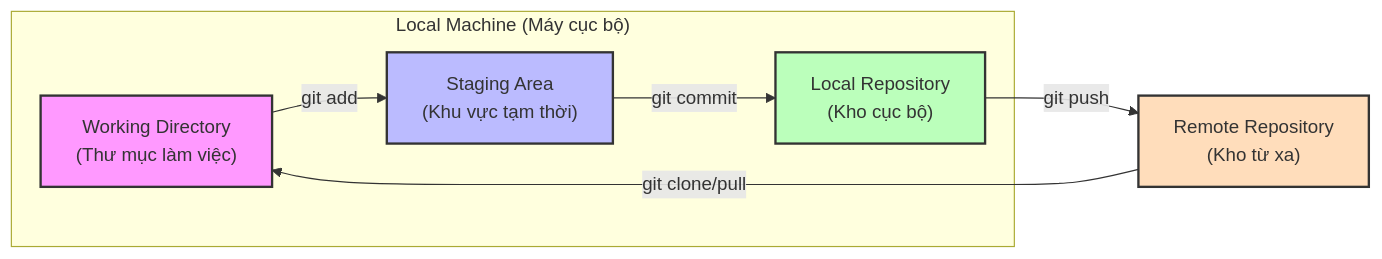
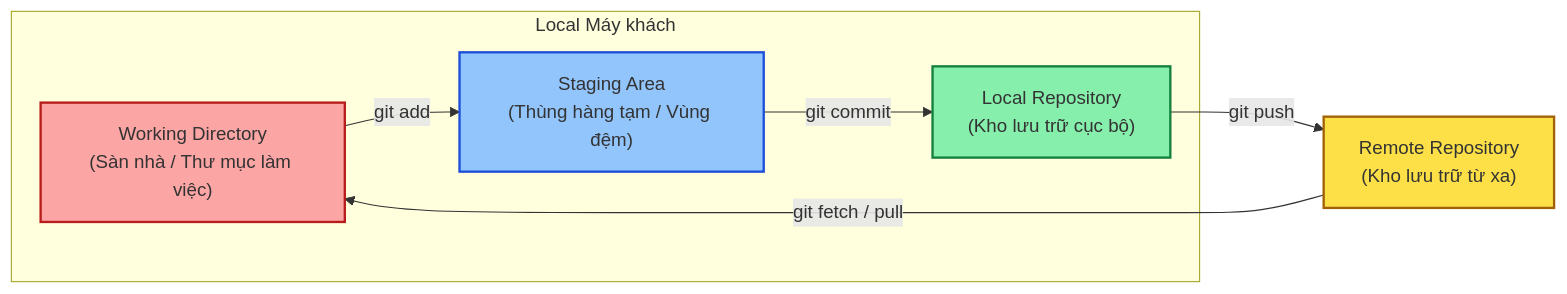
Before and after one commit to NghiaDPTWork/cs-fundamentals: the second of 2 diagrams in git/git_basic.md, drawn with Mermaid. The commit also changed other lines of this file and 3 other files, not shown here.

````diff
--- a/git/git_basic.md
+++ b/git/git_basic.md
@@ -51,13 +119,14 @@
 ```mermaid
 graph LR
-    subgraph "Local Machine (Máy cục bộ)"
-        A["Working Directory<br/>(Thư mục làm việc)"] -- "git add" --> B["Staging Area<br/>(Khu vực tạm thời)"]
-        B -- "git commit" --> C["Local Repository<br/>(Kho cục bộ)"]
+    subgraph "Local Máy khách"
+        WD["Working Directory<br>(Sàn nhà / Thư mục làm việc)"] -- "git add" --> SA["Staging Area<br>(Thùng hàng tạm / Vùng đệm)"]
+        SA -- "git commit" --> LR["Local Repository<br>(Kho lưu trữ cục bộ)"]
     end
-    C -- "git push" --> D["Remote Repository<br/>(Kho từ xa)"]
-    D -- "git clone/pull" --> A
-    style A fill:#f9f,stroke:#333,stroke-width:2px
-    style B fill:#bbf,stroke:#333,stroke-width:2px
-    style C fill:#bfb,stroke:#333,stroke-width:2px
-    style D fill:#fdb,stroke:#333,stroke-width:2px
+    LR -- "git push" --> RR["Remote Repository<br>(Kho lưu trữ từ xa)"]
+    RR -- "git fetch / pull" --> WD
+    
+    style WD fill:#fca5a5,stroke:#b91c1c,stroke-width:2px
+    style SA fill:#93c5fd,stroke:#1d4ed8,stroke-width:2px
+    style LR fill:#86efac,stroke:#15803d,stroke-width:2px
+    style RR fill:#fde047,stroke:#a16207,stroke-width:2px
 ```
````
